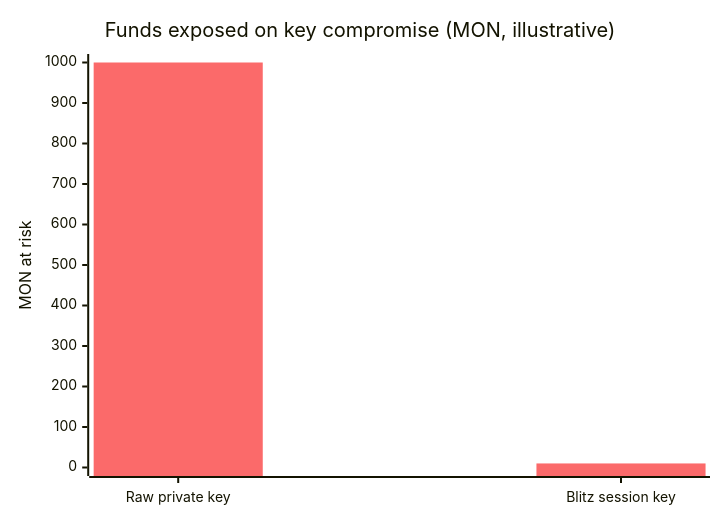
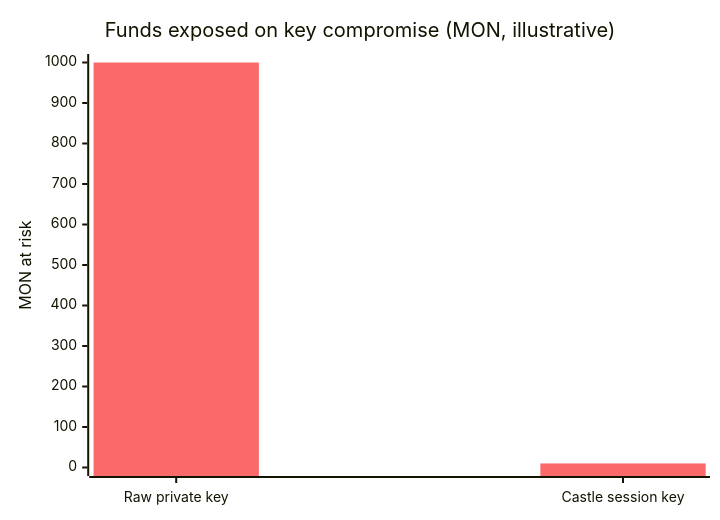
Before and after one commit to algosavant3010/castle: the first of 10 diagrams in README.md, drawn with Mermaid. The commit also changed other lines of this file and 68 other files, not shown here.

````diff
--- a/README.md
+++ b/README.md
@@ -103,8 +103,8 @@
 ```mermaid
 %%{init: {"themeVariables":{"xyChart":{"plotColorPalette":"#FB6A6A"}}}}%%
 xychart-beta
     title "Funds exposed on key compromise (MON, illustrative)"
-    x-axis ["Raw private key", "Blitz session key"]
+    x-axis ["Raw private key", "Castle session key"]
     y-axis "MON at risk" 0 --> 1000
     bar [1000, 10]
 ```
````
